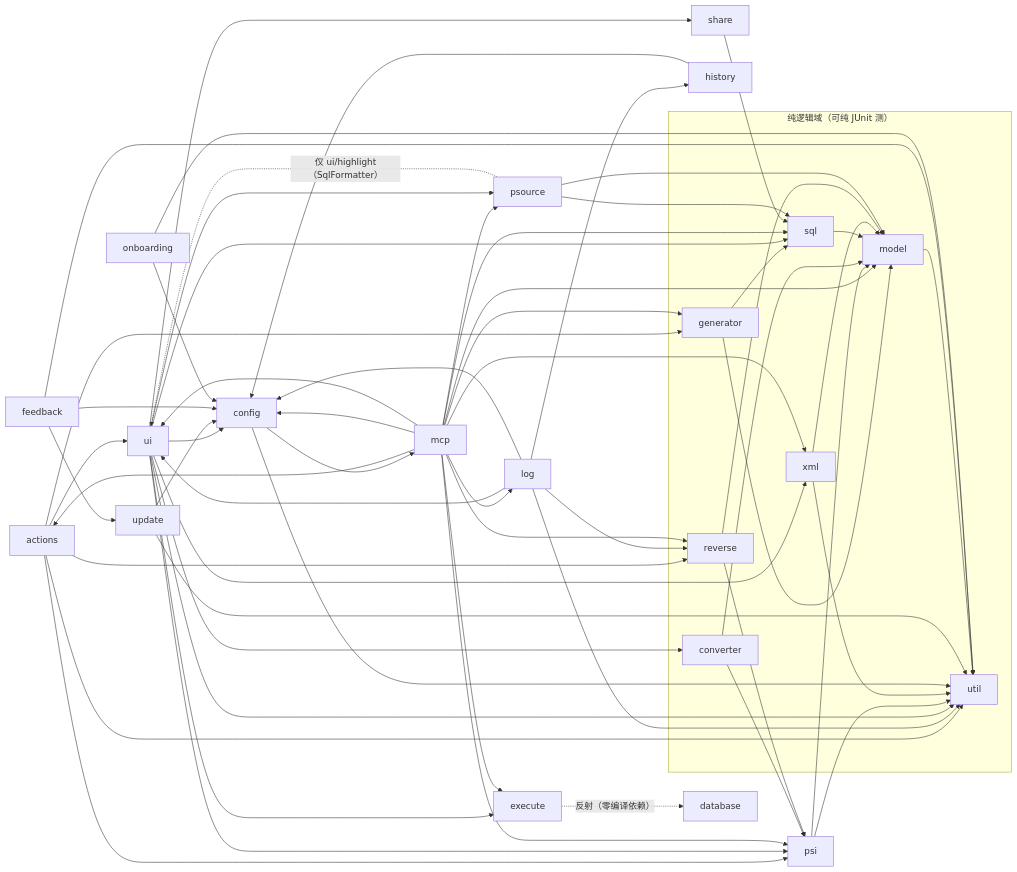
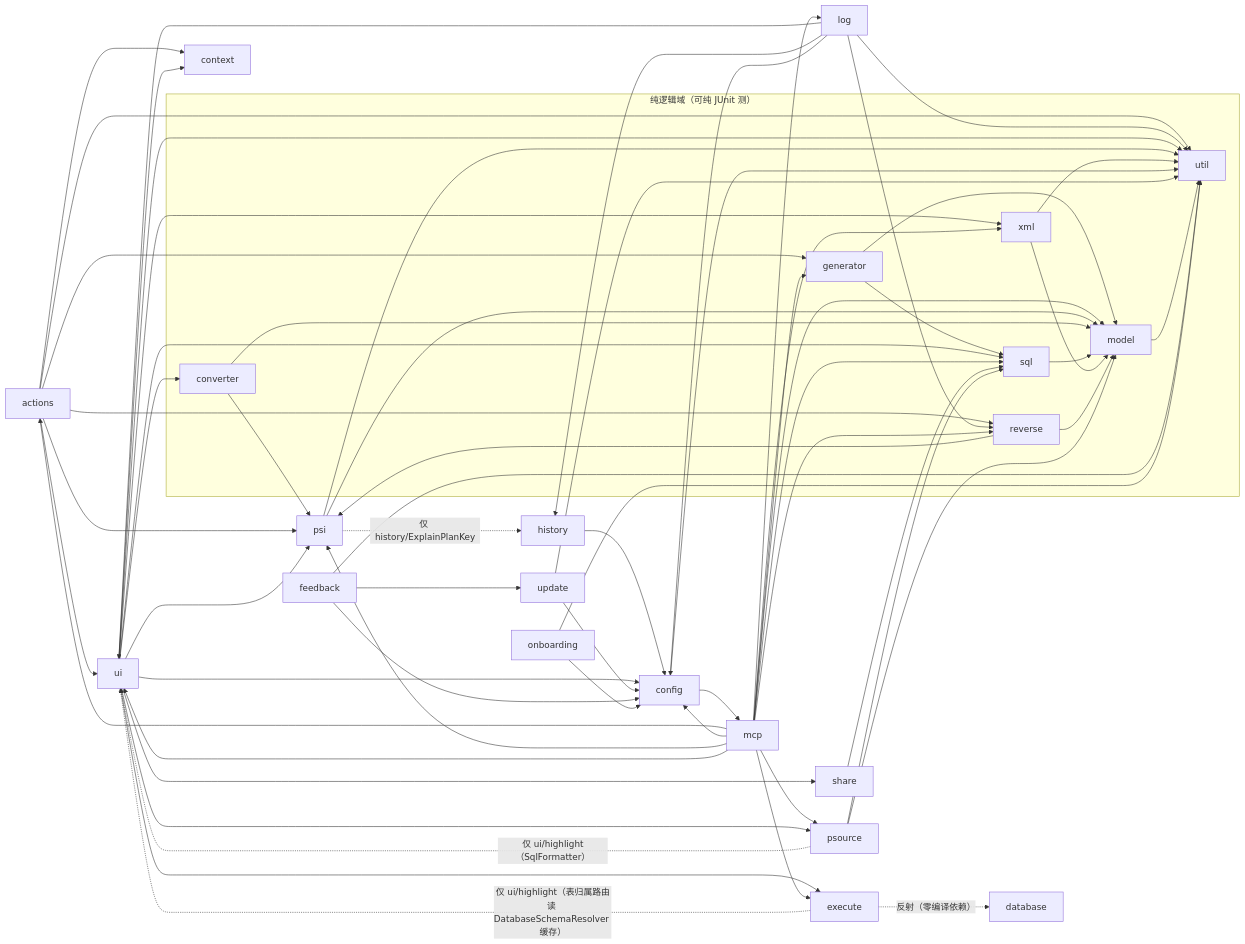
The third of 5 diagrams in docs/架构设计/01-项目架构总览.md (SongRenShuo/mybatis-plus-sql-visualizer), drawn with Mermaid before and after one commit. The commit also changed other lines of this file and 204 other files, not shown here.

````diff
--- a/docs/架构设计/01-项目架构总览.md
+++ b/docs/架构设计/01-项目架构总览.md
@@ -157,72 +159,76 @@
 ```mermaid
 flowchart LR
     actions --> ui
     actions --> reverse
     actions --> psi
+    actions --> context
     actions --> util
     actions --> generator
     generator --> model
     generator --> sql
     log --> ui
     log --> reverse
     log --> history
     log --> config
     log --> util
     history --> config
     ui --> psi
+    ui --> context
     ui --> converter
     ui --> sql
     ui --> xml
     ui --> execute
     ui --> share
     ui --> config
     ui --> util
     mcp --> actions
     mcp --> config
     mcp --> execute
     mcp --> generator
     mcp --> log
     mcp --> model
     mcp --> psi
     mcp --> psource
     mcp --> reverse
     mcp --> sql
     mcp --> ui
     mcp --> xml
     config --> mcp
     psi --> model
     psi --> util
     converter --> model
     converter --> psi
     sql --> model
     xml --> model
     xml --> util
     reverse --> model
     reverse --> psi
     execute -. "反射（零编译依赖）" .-> database
+    execute -. "仅 ui/highlight（表归属路由读 DatabaseSchemaResolver 缓存）" .-> ui
+    psi -. "仅 history/ExplainPlanKey" .-> history
     config --> util
     update --> config
     update --> util
     model --> util
     share --> sql
     psource --> model
     psource --> sql
     psource -. "仅 ui/highlight（SqlFormatter）" .-> ui
     ui --> psource
     feedback --> config
     feedback --> update
     feedback --> util
     onboarding --> config
     onboarding --> util
 
     subgraph 纯逻辑域["纯逻辑域（可纯 JUnit 测）"]
         model
         converter
         sql
         xml
         reverse
         generator
         util
         generator
     end
 ```
````
